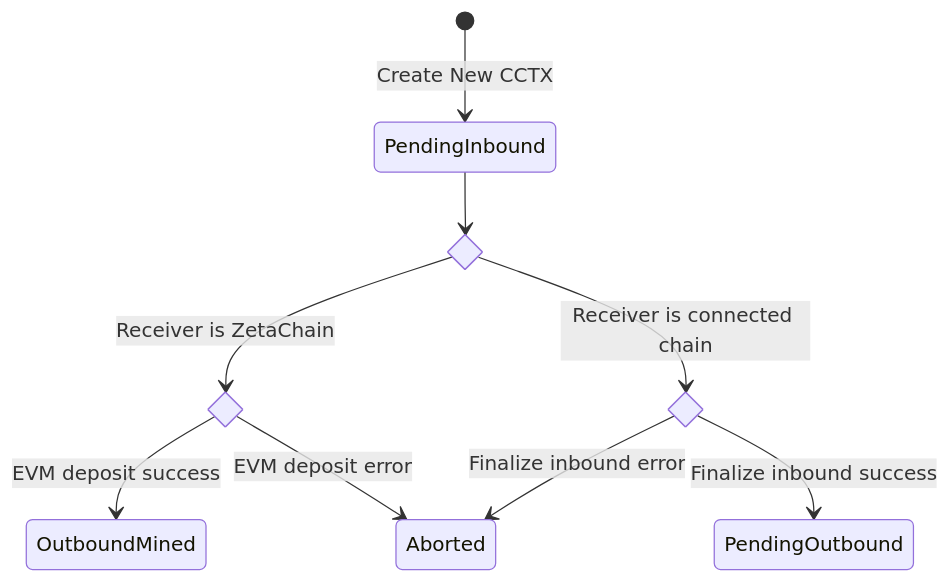
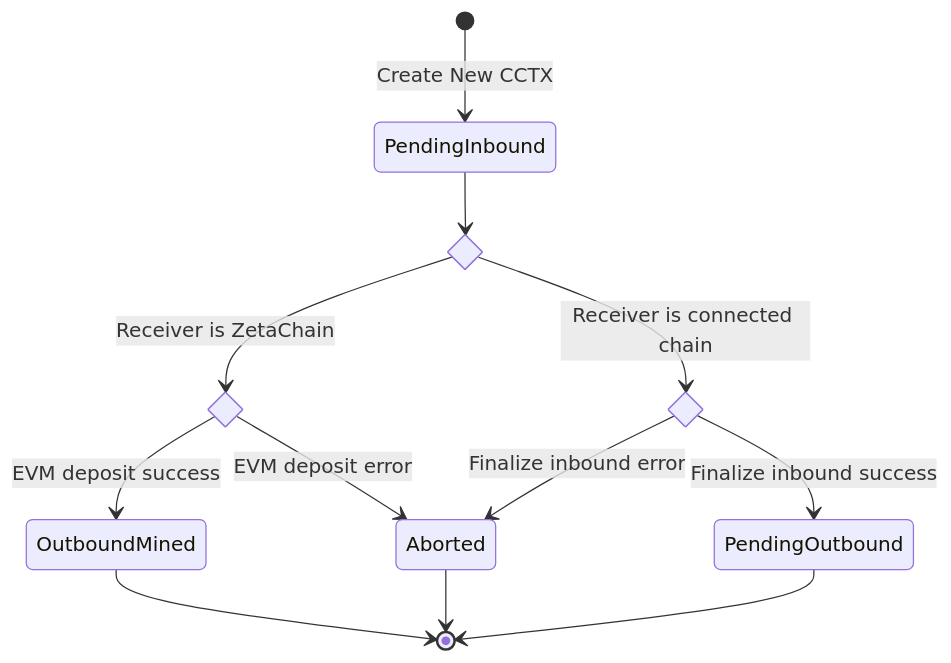
The second of 2 diagrams in docs/spec/crosschain/messages.md (zeta-chain/node), drawn with Mermaid before and after one commit. The commit also changed other lines of this file, not shown here.

````diff
--- a/docs/spec/crosschain/messages.md
+++ b/docs/spec/crosschain/messages.md
@@ -165,16 +174,19 @@
 ```mermaid
-stateDiagram
+stateDiagram-v2
 
 	state is_zetachain <<choice>>
 	state evm_deposit_success <<choice>>
 	state finalize_inbound <<choice>>
 	[*] --> PendingInbound: Create New CCTX
 	PendingInbound --> is_zetachain
 	is_zetachain --> evm_deposit_success: Receiver is ZetaChain
 	evm_deposit_success --> OutboundMined: EVM deposit success
 	evm_deposit_success --> Aborted: EVM deposit error
 	is_zetachain --> finalize_inbound: Receiver is connected chain
 	finalize_inbound --> Aborted: Finalize inbound error
 	finalize_inbound --> PendingOutbound: Finalize inbound success
+	Aborted --> [*]
+	PendingOutbound --> [*]
+	OutboundMined --> [*]
 
 ```
````
